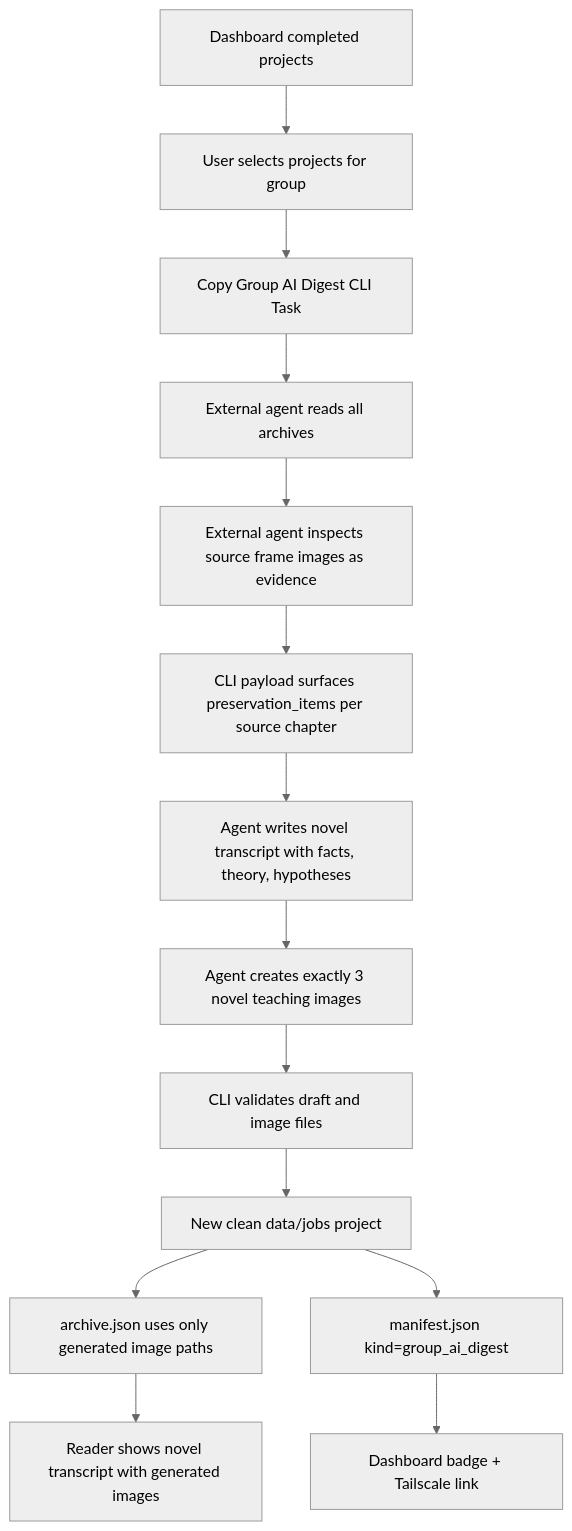
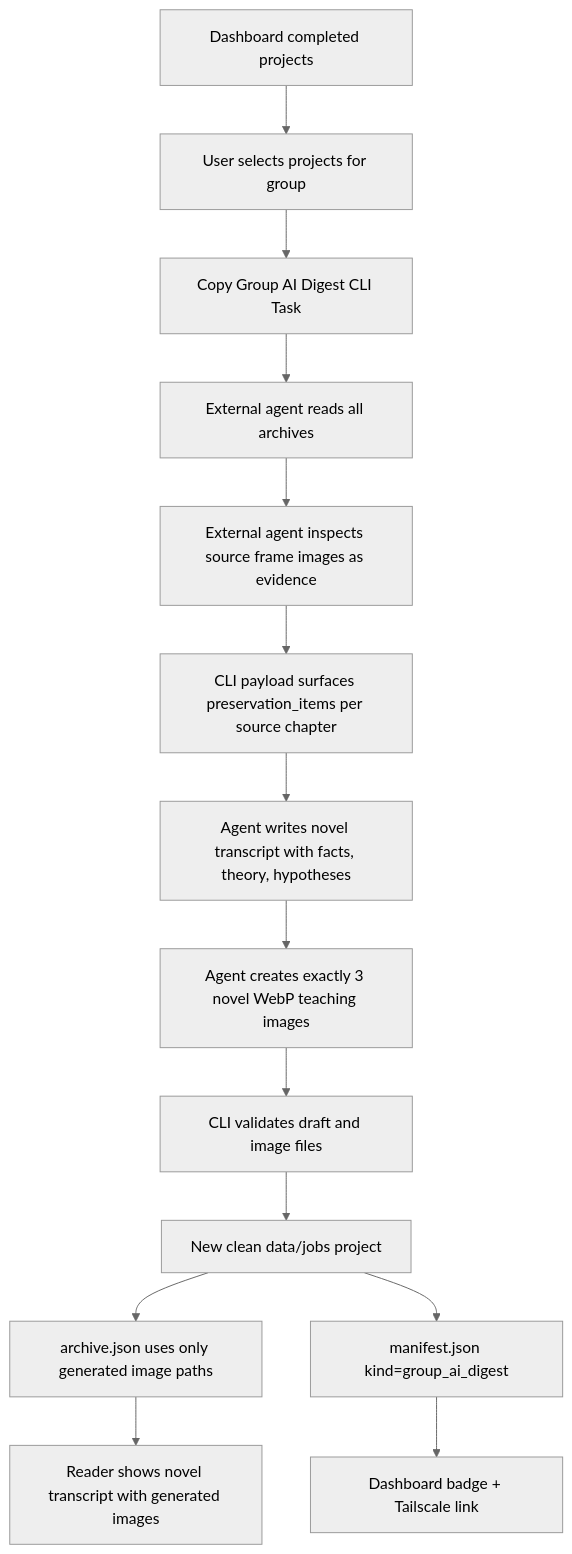
Before and after one commit to ehukaimedia/smart-youtube-reader: the diagram in docs/playgrounds/group-ai-digest-flow.md, drawn with Mermaid (neutral theme). The commit also changed other lines of this file and 15 other files, not shown here.

````diff
--- a/docs/playgrounds/group-ai-digest-flow.md
+++ b/docs/playgrounds/group-ai-digest-flow.md
@@ -3,16 +3,16 @@
 ```mermaid
 flowchart TD
     A["Dashboard completed projects"] --> B["User selects projects for group"]
     B --> C["Copy Group AI Digest CLI Task"]
     C --> D["External agent reads all archives"]
     D --> E["External agent inspects source frame images as evidence"]
     E --> P["CLI payload surfaces preservation_items per source chapter"]
     P --> F["Agent writes novel transcript with facts, theory, hypotheses"]
-    F --> G["Agent creates exactly 3 novel teaching images"]
+    F --> G["Agent creates exactly 3 novel WebP teaching images"]
     G --> H["CLI validates draft and image files"]
     H --> I["New clean data/jobs project"]
     I --> J["archive.json uses only generated image paths"]
     I --> K["manifest.json kind=group_ai_digest"]
     K --> L["Dashboard badge + Tailscale link"]
     J --> M["Reader shows novel transcript with generated images"]
 ```
````
